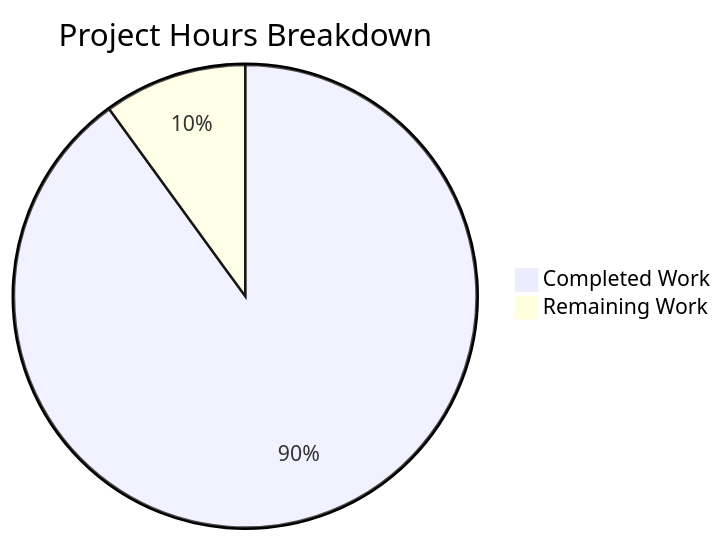
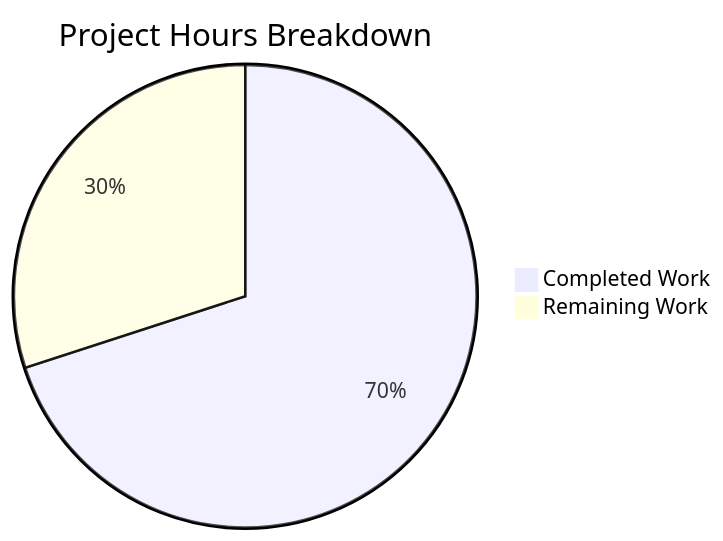
Before and after one commit to sudhanshu-spec/test-spec: the second of 2 diagrams in blitzy/documentation/Project Guide.md, drawn with Mermaid. The commit also changed other lines of this file, not shown here.

Commit message:
Adding Blitzy Project Guide: Project Status and Human Tasks Remaining

````diff
--- a/blitzy/documentation/Project Guide.md
+++ b/blitzy/documentation/Project Guide.md
@@ -92,5 +185,5 @@
 ```mermaid
 pie title Project Hours Breakdown
-    "Completed Work" : 18
-    "Remaining Work" : 2
+    "Completed Work" : 7
+    "Remaining Work" : 3
 ```
````
